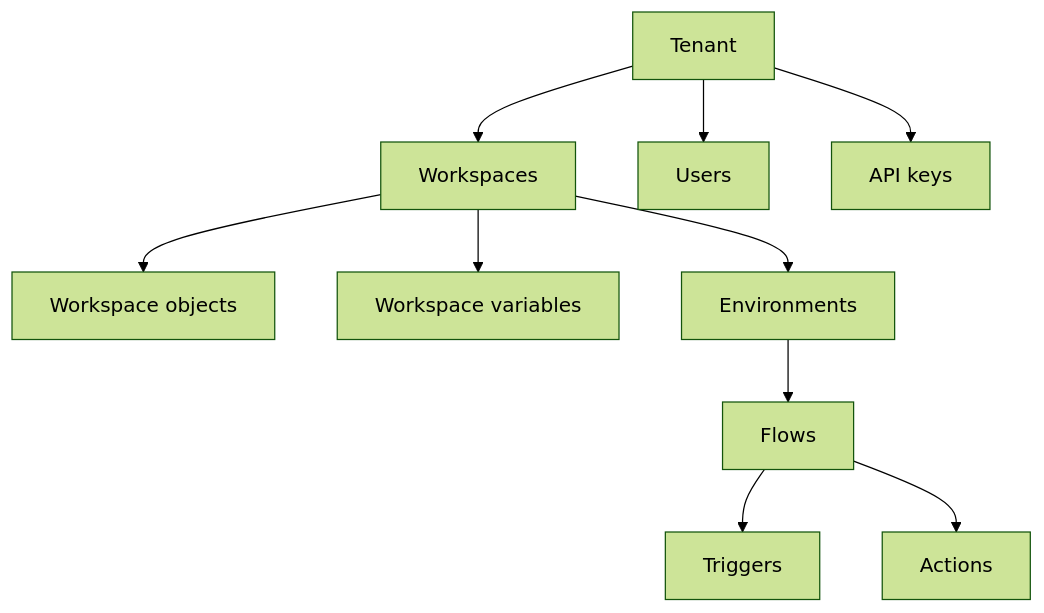
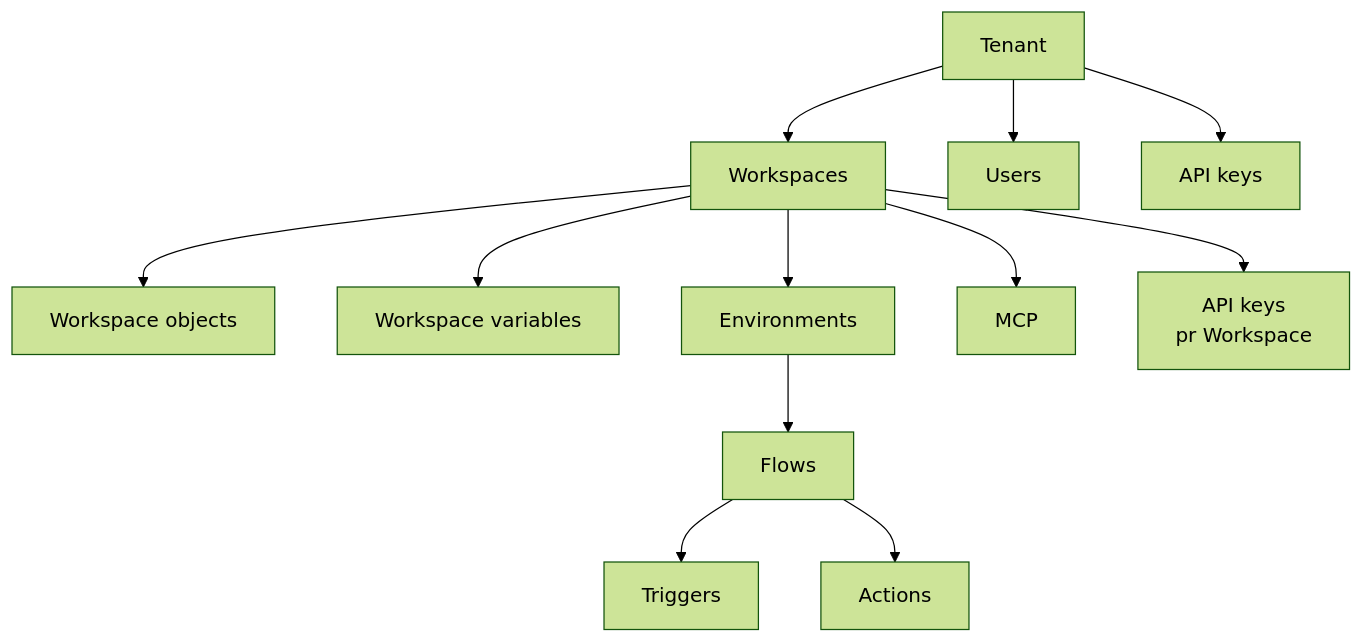
The diagram in articles/flow/key-concepts.md (Profitbase-Public/Episode-Docs), drawn with Mermaid (forest theme) before and after one commit. The commit also changed other lines of this file and 2 other files, not shown here.

Commit message:
update key concepts

````diff
--- a/articles/flow/key-concepts.md
+++ b/articles/flow/key-concepts.md
@@ -62,12 +62,14 @@
 ```mermaid
 flowchart TD
     Tenant --> Workspaces
     Tenant --> Users
-    Tenant --> API_Keys[API keys]
+    Tenant --> API_Keys[API keys]    
     Workspaces --> Workspace_Objects[Workspace objects]
     Workspaces --> Workspace_Variables[Workspace variables]
     Workspaces --> Environments
+    Workspaces --> Workspace_MCP_Endpoints[MCP]
+    Workspaces --> Workspace_API_Keys[API keys <br/> pr Workspace]
     Environments --> Flows
     Flows --> Triggers
     Flows --> Actions
 ```
````
